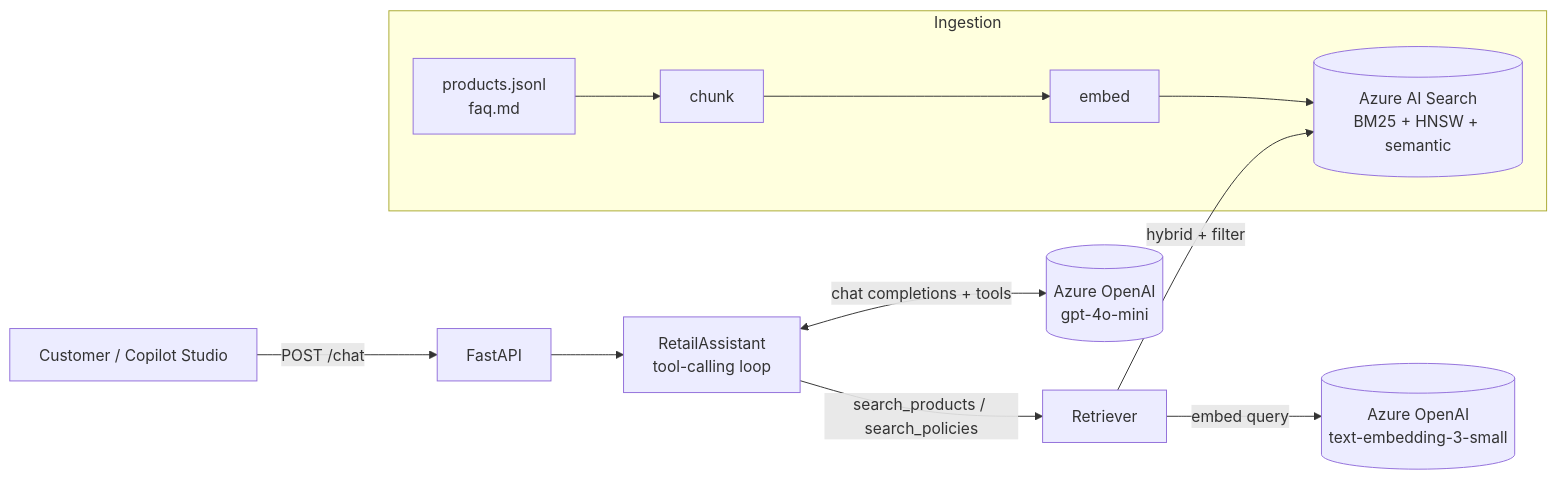
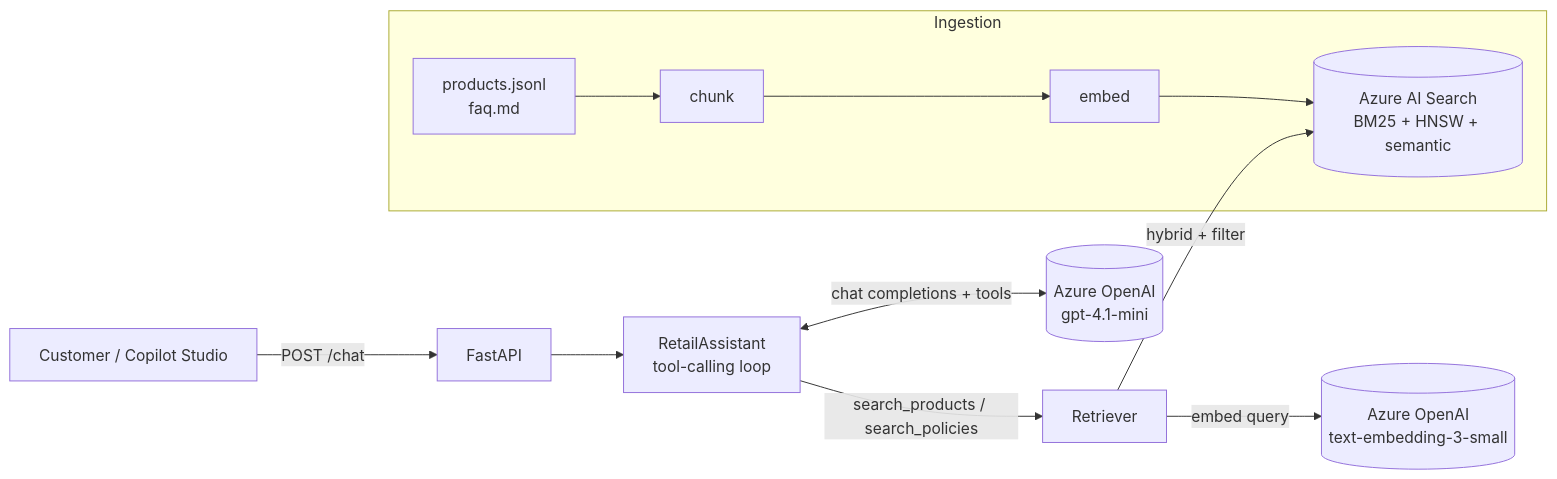
One commit to orhansonmeztr/retail-rag-assistant changed the diagram in README.md. Above: the diagram before and after it, drawn with Mermaid. The commit also changed other lines of this file and 6 other files, not shown here.

````diff
--- a/README.md
+++ b/README.md
@@ -23,12 +23,12 @@
 ```mermaid
 flowchart LR
     U[Customer / Copilot Studio] -->|POST /chat| API[FastAPI]
     API --> AG[RetailAssistant<br/>tool-calling loop]
-    AG <-->|chat completions + tools| AOAI[(Azure OpenAI<br/>gpt-4o-mini)]
+    AG <-->|chat completions + tools| AOAI[(Azure OpenAI<br/>gpt-4.1-mini)]
     AG -->|search_products / search_policies| R[Retriever]
     R -->|embed query| EMB[(Azure OpenAI<br/>text-embedding-3-small)]
     R -->|hybrid + filter| AIS[(Azure AI Search<br/>BM25 + HNSW + semantic)]
     subgraph Ingestion
       D[products.jsonl<br/>faq.md] --> CH[chunk] --> EMB2[embed] --> AIS
     end
 ```
````
